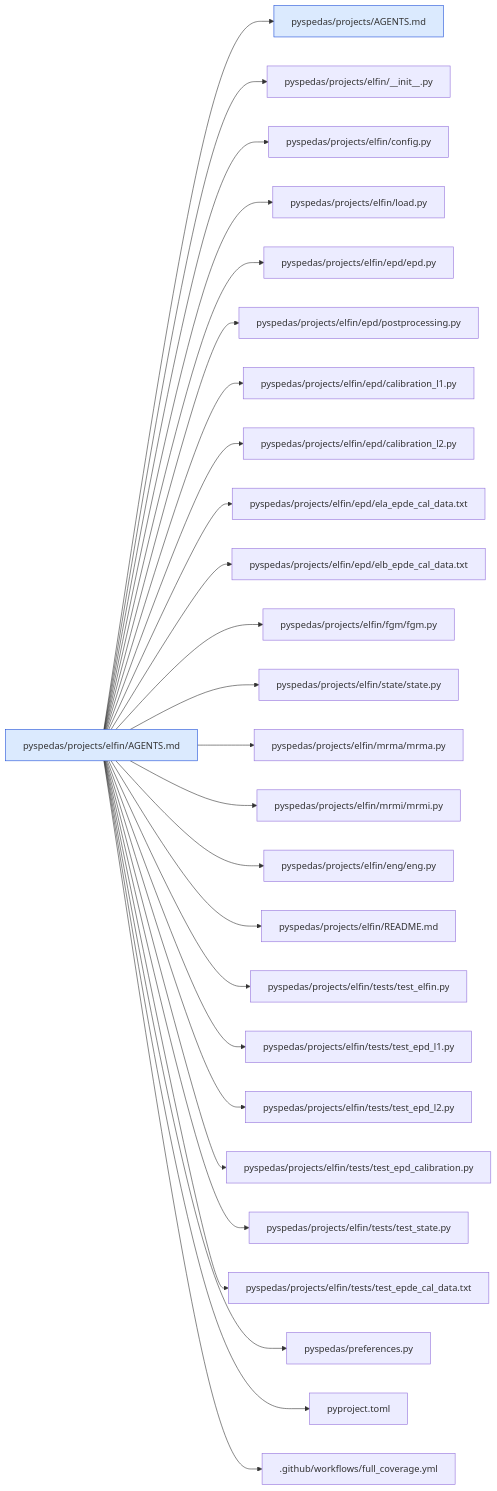
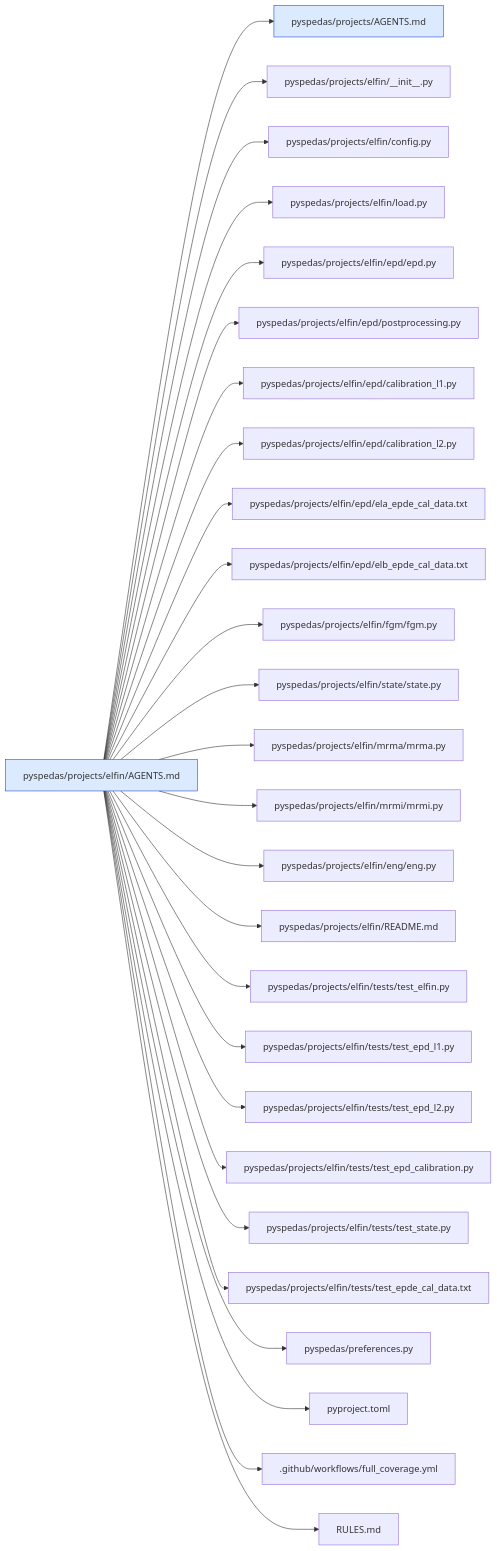
Before and after one commit to spedas/pyspedas: diagram 14 of 44 in .agents/map/MAP.md, drawn with Mermaid. The commit also changed other lines of this file and 75 other files, not shown here.

````diff
--- a/.agents/map/MAP.md
+++ b/.agents/map/MAP.md
@@ -621,31 +666,32 @@
 ```mermaid
 graph LR
   classDef agents fill:#dbeafe,stroke:#1d4ed8
   classDef missing fill:#fee2e2,stroke:#b91c1c,stroke-dasharray:4
   self["pyspedas/projects/elfin/AGENTS.md"]:::agents
   self --> r0["pyspedas/projects/AGENTS.md"]:::agents
   self --> r1["pyspedas/projects/elfin/__init__.py"]
   self --> r2["pyspedas/projects/elfin/config.py"]
   self --> r3["pyspedas/projects/elfin/load.py"]
   self --> r4["pyspedas/projects/elfin/epd/epd.py"]
   self --> r5["pyspedas/projects/elfin/epd/postprocessing.py"]
   self --> r6["pyspedas/projects/elfin/epd/calibration_l1.py"]
   self --> r7["pyspedas/projects/elfin/epd/calibration_l2.py"]
   self --> r8["pyspedas/projects/elfin/epd/ela_epde_cal_data.txt"]
   self --> r9["pyspedas/projects/elfin/epd/elb_epde_cal_data.txt"]
   self --> r10["pyspedas/projects/elfin/fgm/fgm.py"]
   self --> r11["pyspedas/projects/elfin/state/state.py"]
   self --> r12["pyspedas/projects/elfin/mrma/mrma.py"]
   self --> r13["pyspedas/projects/elfin/mrmi/mrmi.py"]
   self --> r14["pyspedas/projects/elfin/eng/eng.py"]
   self --> r15["pyspedas/projects/elfin/README.md"]
   self --> r16["pyspedas/projects/elfin/tests/test_elfin.py"]
   self --> r17["pyspedas/projects/elfin/tests/test_epd_l1.py"]
   self --> r18["pyspedas/projects/elfin/tests/test_epd_l2.py"]
   self --> r19["pyspedas/projects/elfin/tests/test_epd_calibration.py"]
   self --> r20["pyspedas/projects/elfin/tests/test_state.py"]
   self --> r21["pyspedas/projects/elfin/tests/test_epde_cal_data.txt"]
   self --> r22["pyspedas/preferences.py"]
   self --> r23["pyproject.toml"]
   self --> r24[".github/workflows/full_coverage.yml"]
+  self --> r25["RULES.md"]
 ```
````
